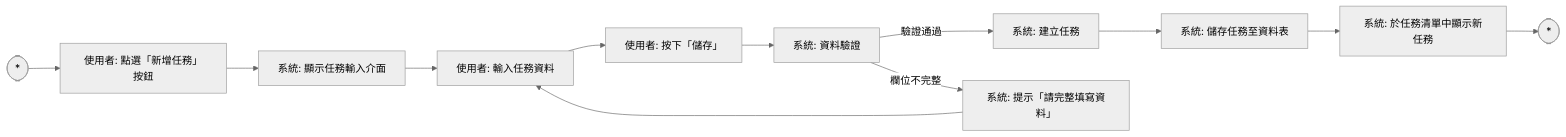
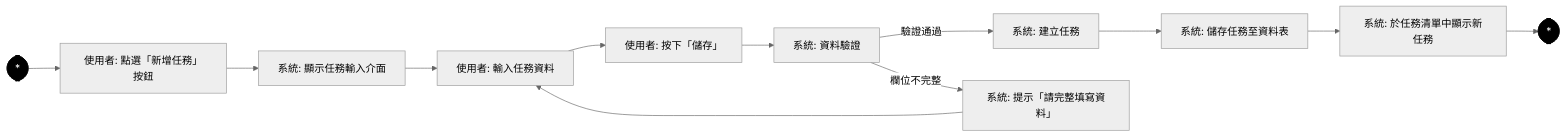
The fourth of 6 diagrams in hw5.md (zhuang147/Task-Management), drawn with Mermaid (neutral theme) before and after one commit.

````diff
--- a/hw5.md
+++ b/hw5.md
@@ -134,17 +134,22 @@
 ```mermaid
 
  graph LR
     start([*])
     start --> B["使用者: 點選「新增任務」按鈕"]
     B --> C["系統: 顯示任務輸入介面"]
     C --> D["使用者: 輸入任務資料"]
     D --> E["使用者: 按下「儲存」"]
     E --> F["系統: 資料驗證"]
     F -- 驗證通過 --> G["系統: 建立任務"]
     G --> H["系統: 儲存任務至資料表"]
     H --> I["系統: 於任務清單中顯示新任務"]
     I --> finish([*])
     F -- 欄位不完整 --> J["系統: 提示「請完整填寫資料」"]
     J --> D
 
+    %% 設定開始與結束黑點顏色
+    style start fill:#000000,stroke:#000000,color:#ffffff
+    style finish fill:#000000,stroke:#000000,color:#ffffff
+
+
 ```
````
